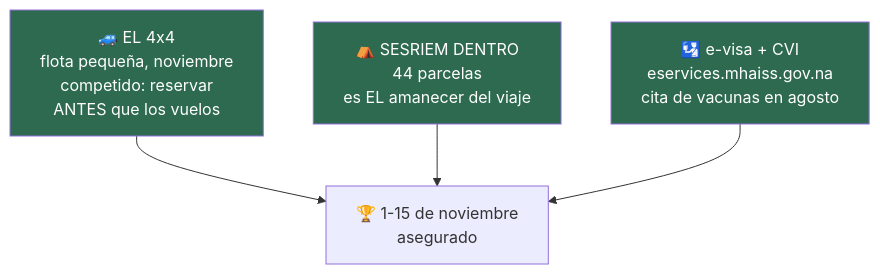
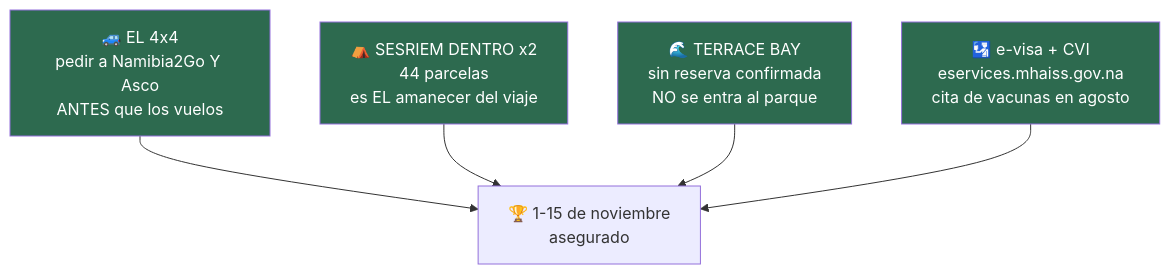
Before and after one commit to morandeirachema/namibia: the fifth of 6 diagrams in README.md, drawn with Mermaid. The commit also changed other lines of this file and 4 other files, not shown here.

````diff
--- a/README.md
+++ b/README.md
@@ -178,12 +185,15 @@
 ```mermaid
 flowchart TD
-    A["🚙 EL 4x4<br/>flota pequeña, noviembre<br/>competido: reservar<br/>ANTES que los vuelos"]
-    B["⛺ SESRIEM DENTRO<br/>44 parcelas<br/>es EL amanecer del viaje"]
-    C["🛂 e-visa + CVI<br/>eservices.mhaiss.gov.na<br/>cita de vacunas en agosto"]
-    A --> D["🏆 1-15 de noviembre<br/>asegurado"]
-    B --> D
-    C --> D
+    A["🚙 EL 4x4<br/>pedir a Namibia2Go Y Asco<br/>ANTES que los vuelos"]
+    B["⛺ SESRIEM DENTRO x2<br/>44 parcelas<br/>es EL amanecer del viaje"]
+    C["🌊 TERRACE BAY<br/>sin reserva confirmada<br/>NO se entra al parque"]
+    D["🛂 e-visa + CVI<br/>eservices.mhaiss.gov.na<br/>cita de vacunas en agosto"]
+    A --> E["🏆 1-15 de noviembre<br/>asegurado"]
+    B --> E
+    C --> E
+    D --> E
     style A fill:#2d6a4f,color:#fff
     style B fill:#2d6a4f,color:#fff
     style C fill:#2d6a4f,color:#fff
+    style D fill:#2d6a4f,color:#fff
 ```
````
